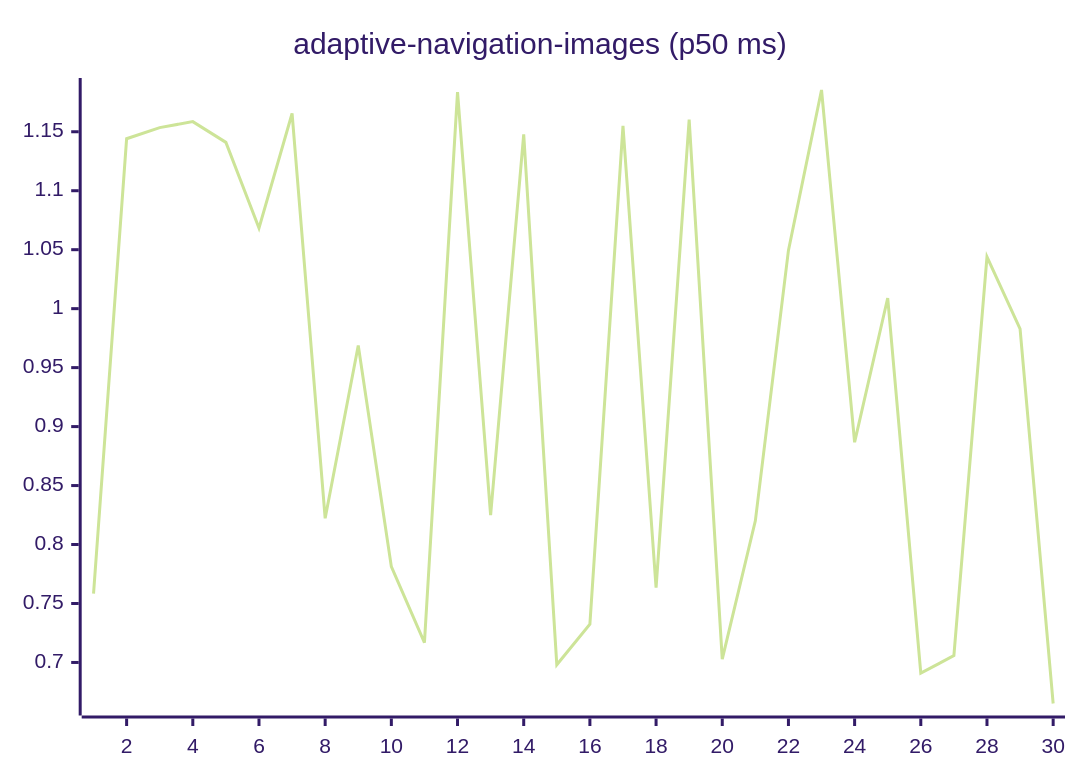
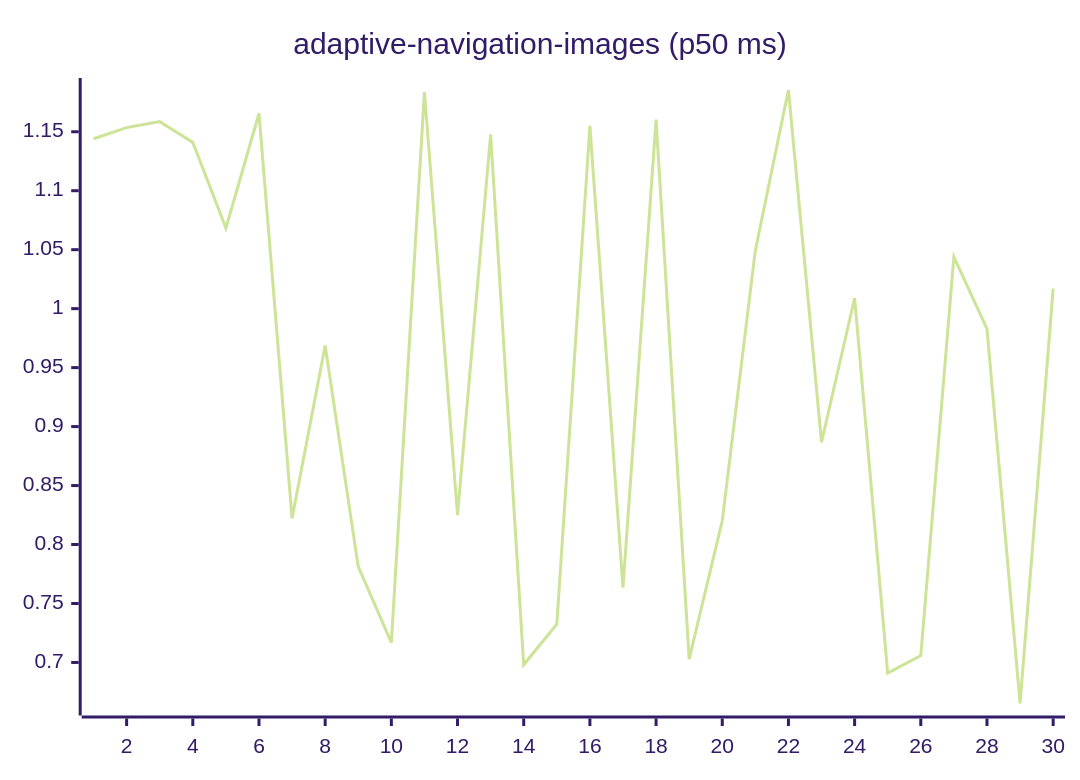
One commit to josha/Facet changed the first of 27 diagrams in README.md. Above: the diagram before and after it, drawn with Mermaid (forest theme). The commit also changed other lines of this file and 2 other files, not shown here.

````diff
--- a/README.md
+++ b/README.md
@@ -63,6 +63,6 @@
 ```mermaid
 xychart-beta
     title "adaptive-navigation-images (p50 ms)"
     x-axis 1 --> 30
-    line [0.7583, 1.1441, 1.1535, 1.1586, 1.1410, 1.0683, 1.1655, 0.8222, 0.9687, 0.7812, 0.7168, 1.1836, 0.8250, 1.1478, 0.6980, 0.7325, 1.1549, 0.7635, 1.1603, 0.7028, 0.8201, 1.0494, 1.1854, 0.8867, 1.0090, 0.6909, 0.7058, 1.0439, 0.9829, 0.6652]
+    line [1.1441, 1.1535, 1.1586, 1.1410, 1.0683, 1.1655, 0.8222, 0.9687, 0.7812, 0.7168, 1.1836, 0.8250, 1.1478, 0.6980, 0.7325, 1.1549, 0.7635, 1.1603, 0.7028, 0.8201, 1.0494, 1.1854, 0.8867, 1.0090, 0.6909, 0.7058, 1.0439, 0.9829, 0.6652, 1.0169]
 ```
````
